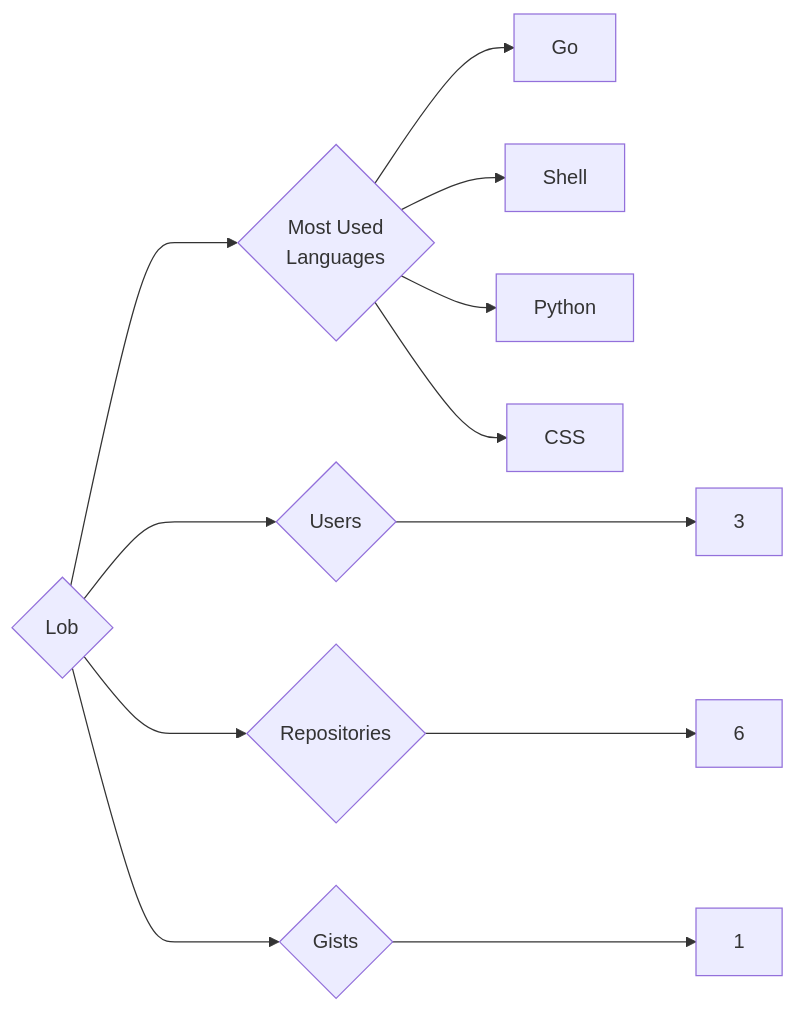
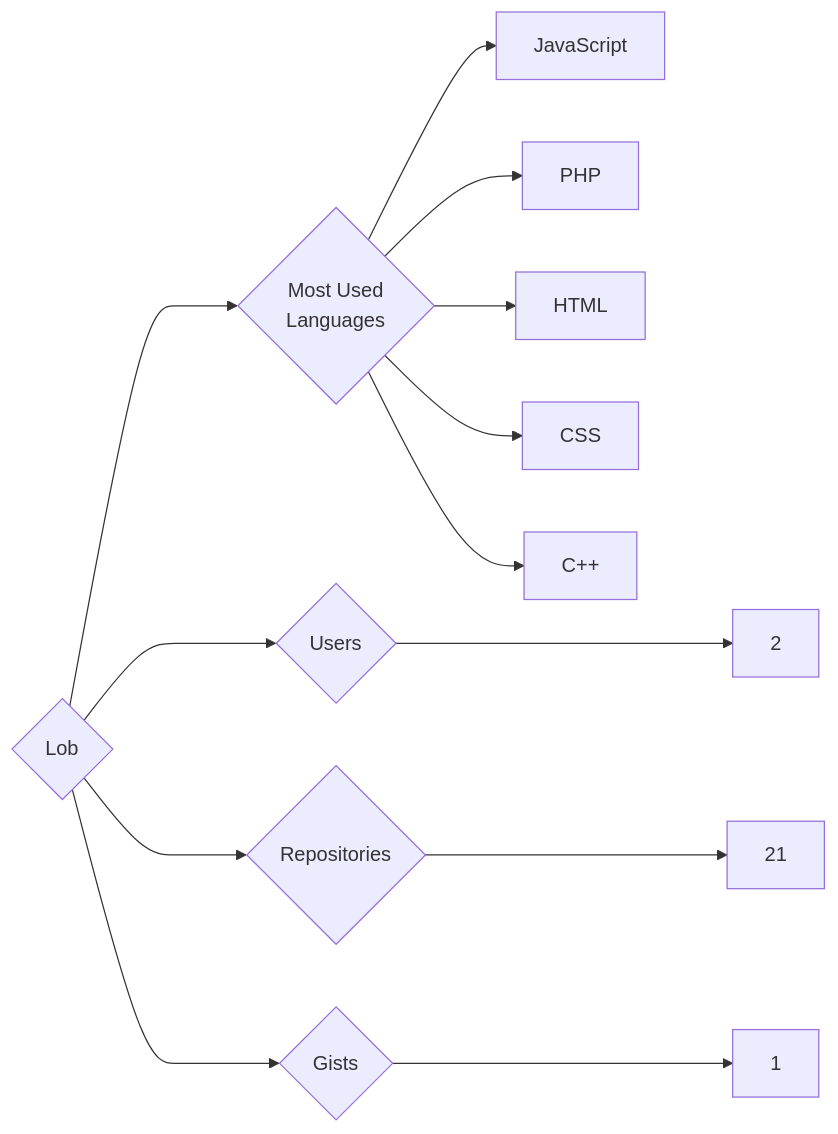
The diagram in targets/Lob/README.md (trickest/insiders), drawn with Mermaid before and after one commit. The commit also changed 1496 other files, not shown here.

````diff
--- a/targets/Lob/README.md
+++ b/targets/Lob/README.md
@@ -3,12 +3,13 @@
 ```mermaid
 graph LR
 COMPANY_NAME{Lob}
-COMPANY_NAME ---> U{Users} ---> UN[3]
-COMPANY_NAME ---> R{Repositories} ---> RN[6]
+COMPANY_NAME ---> U{Users} ---> UN[2]
+COMPANY_NAME ---> R{Repositories} ---> RN[21]
 COMPANY_NAME ---> G{Gists} ---> GN[1]
 COMPANY_NAME ---> ML{Most Used<br>Languages}
-ML --> Go[Go]
-ML --> Shell[Shell]
-ML --> Python[Python]
+ML --> JavaScript[JavaScript]
+ML --> PHP[PHP]
+ML --> HTML[HTML]
 ML --> CSS[CSS]
+ML --> C++[C++]
 ```
````
